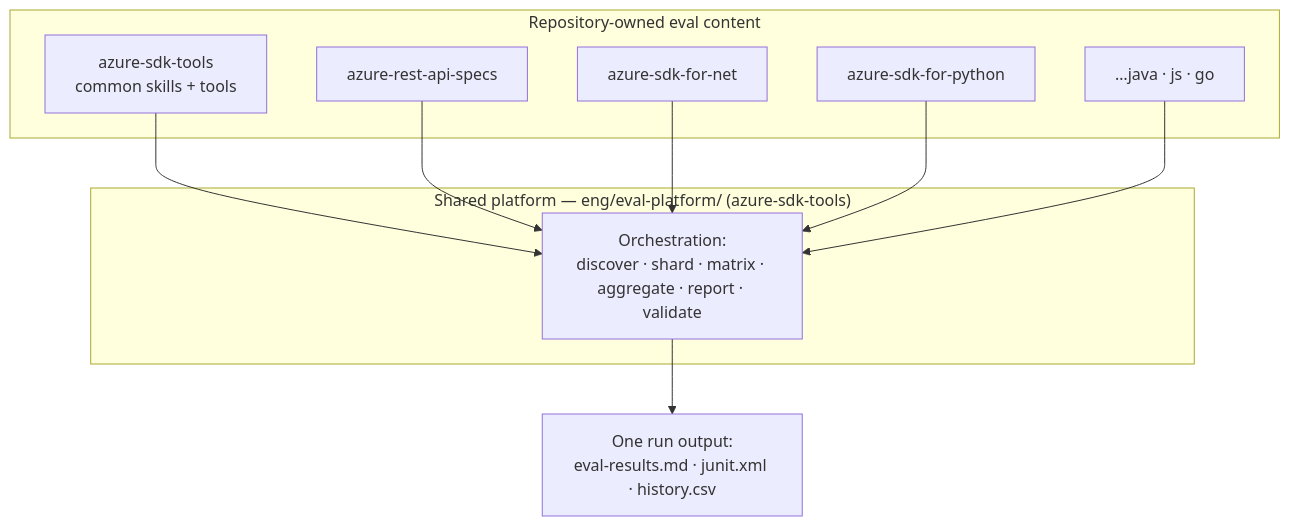
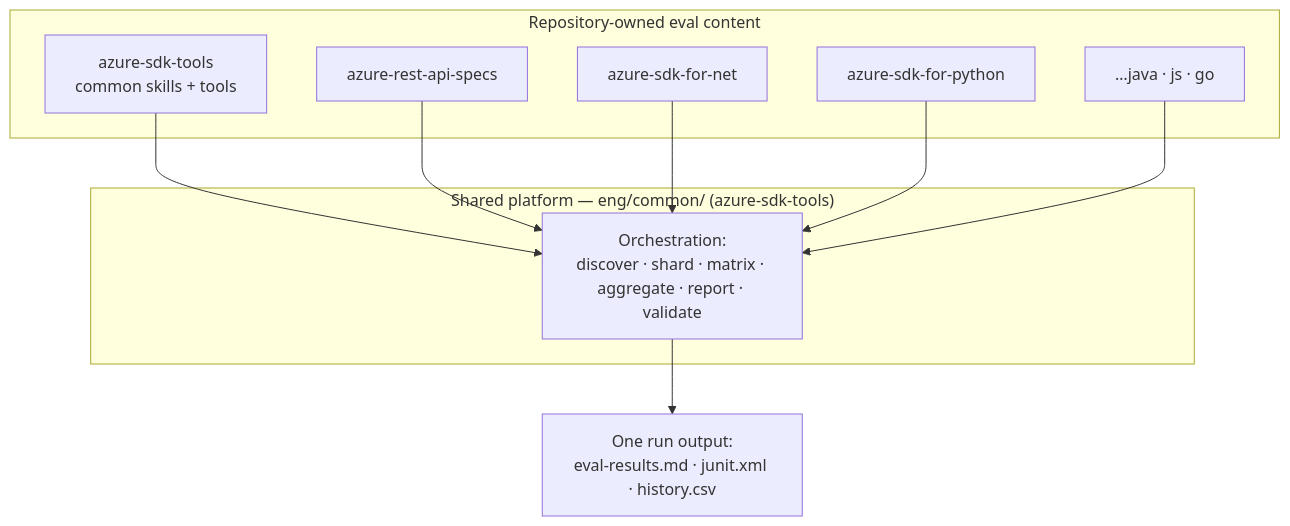
One commit to Azure/azure-sdk-tools changed the sixth of 6 diagrams in tools/azsdk-cli/docs/specs/8-operations-agent-eval-strategy.spec.md. Above: the diagram before and after it, drawn with Mermaid. The commit also changed other lines of this file, not shown here.

Commit message:
docs: fold meeting outcomes into eval-strategy spec (eval-gen automation, validator, phased reporting, eng/common, concurrency cap, implementation plan)

````diff
--- a/tools/azsdk-cli/docs/specs/8-operations-agent-eval-strategy.spec.md
+++ b/tools/azsdk-cli/docs/specs/8-operations-agent-eval-strategy.spec.md
@@ -723,19 +771,19 @@
 ```mermaid
 flowchart TD
-    subgraph SHARED["Shared platform — eng/eval-platform/ (azure-sdk-tools)"]
+    subgraph SHARED["Shared platform — eng/common/ (azure-sdk-tools)"]
         ORCH["Orchestration:<br/>discover · shard · matrix · aggregate · report · validate"]
     end
     subgraph CONTENT["Repository-owned eval content"]
         T["azure-sdk-tools<br/>common skills + tools"]
         SPECS["azure-rest-api-specs"]
         NET["azure-sdk-for-net"]
         PY["azure-sdk-for-python"]
         ETC["…java · js · go"]
     end
     T --> ORCH
     SPECS --> ORCH
     NET --> ORCH
     PY --> ORCH
     ETC --> ORCH
     ORCH --> OUT["One run output:<br/>eval-results.md · junit.xml · history.csv"]
 ```
````
